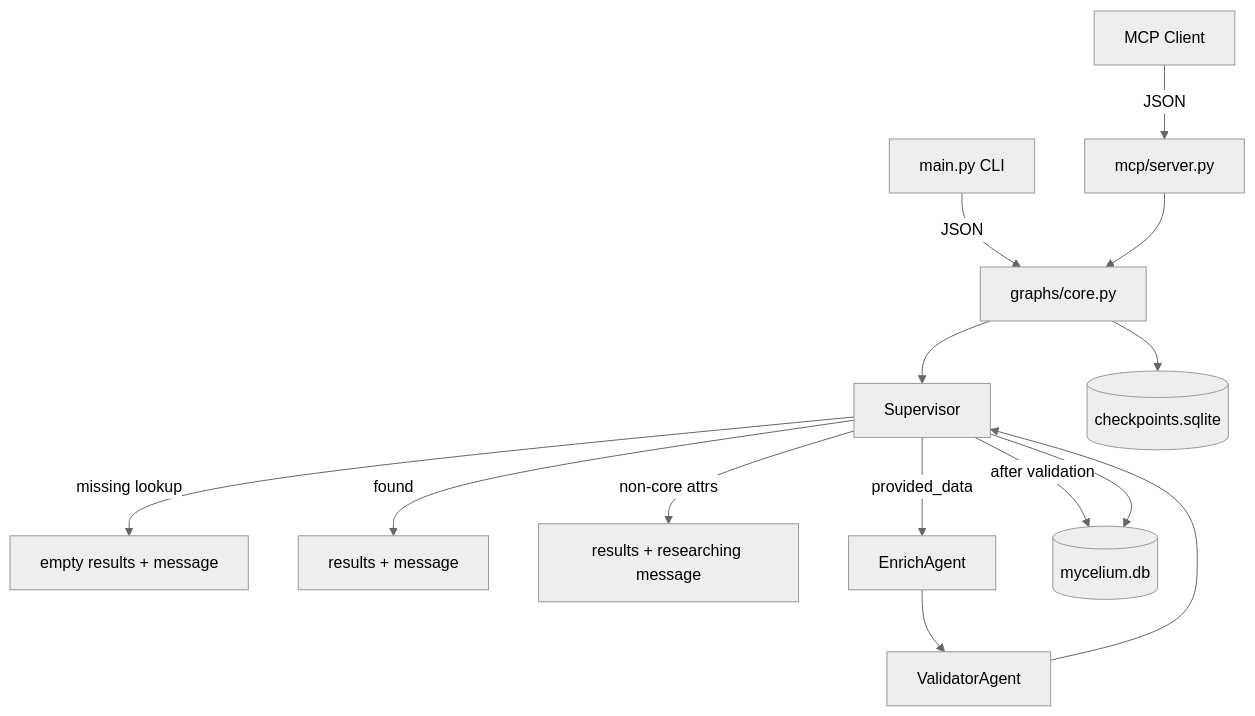
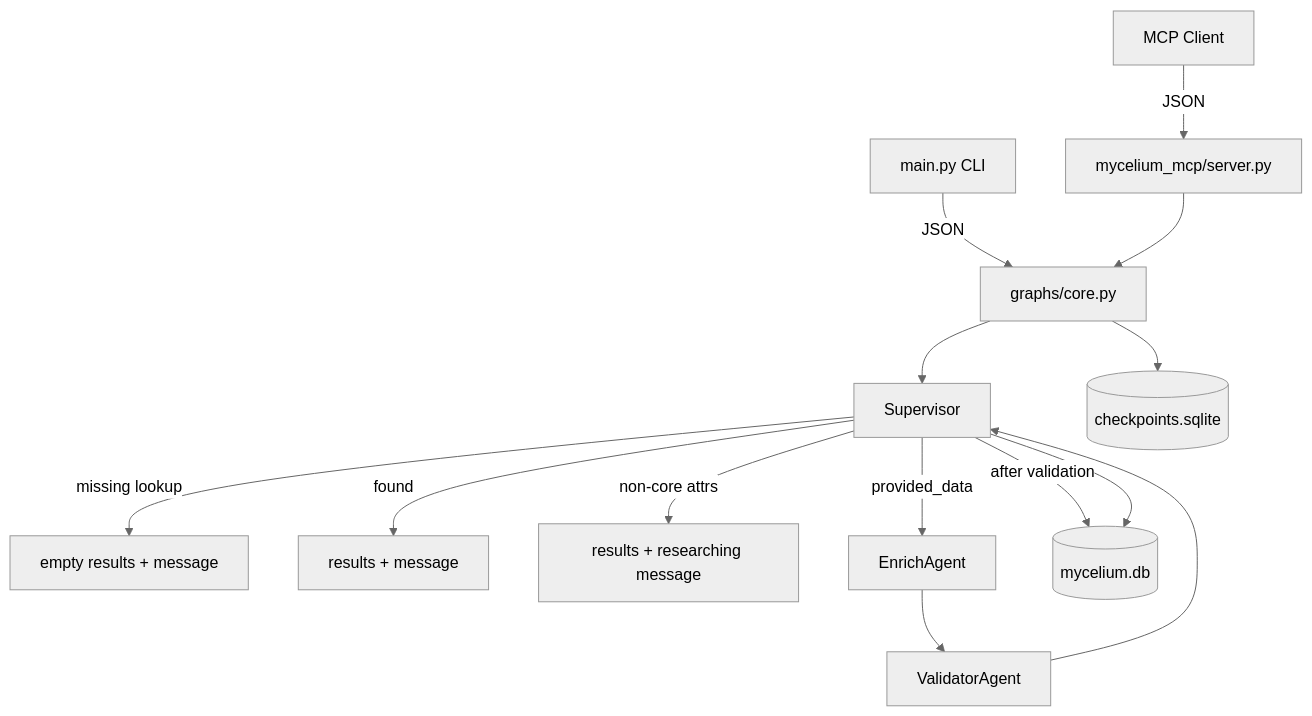
One commit to myceliumdata/mycelium changed the diagram in README.md. Above: the diagram before and after it, drawn with Mermaid (neutral theme). The commit also changed other lines of this file and 6 other files, not shown here.

First line of the commit message:
Rename MCP server package to mycelium_mcp to avoid SDK collision.

````diff
--- a/README.md
+++ b/README.md
@@ -48,16 +48,16 @@
 ```mermaid
 flowchart TD
-    MCP[MCP Client] -->|JSON| MCPServer[mcp/server.py]
+    MCP[MCP Client] -->|JSON| MCPServer[mycelium_mcp/server.py]
     CLI[main.py CLI] -->|JSON| Graph
     MCPServer --> Graph[graphs/core.py]
     Graph --> S[Supervisor]
     S -->|missing lookup| MISS[empty results + message]
     S -->|found| RES[results + message]
     S -->|non-core attrs| NC[results + researching message]
     S -->|provided_data| E[EnrichAgent]
     E --> V[ValidatorAgent]
     V --> S
     S -->|after validation| DB[(mycelium.db)]
     Graph --> CP[(checkpoints.sqlite)]
     S --> DB
 ```
````
